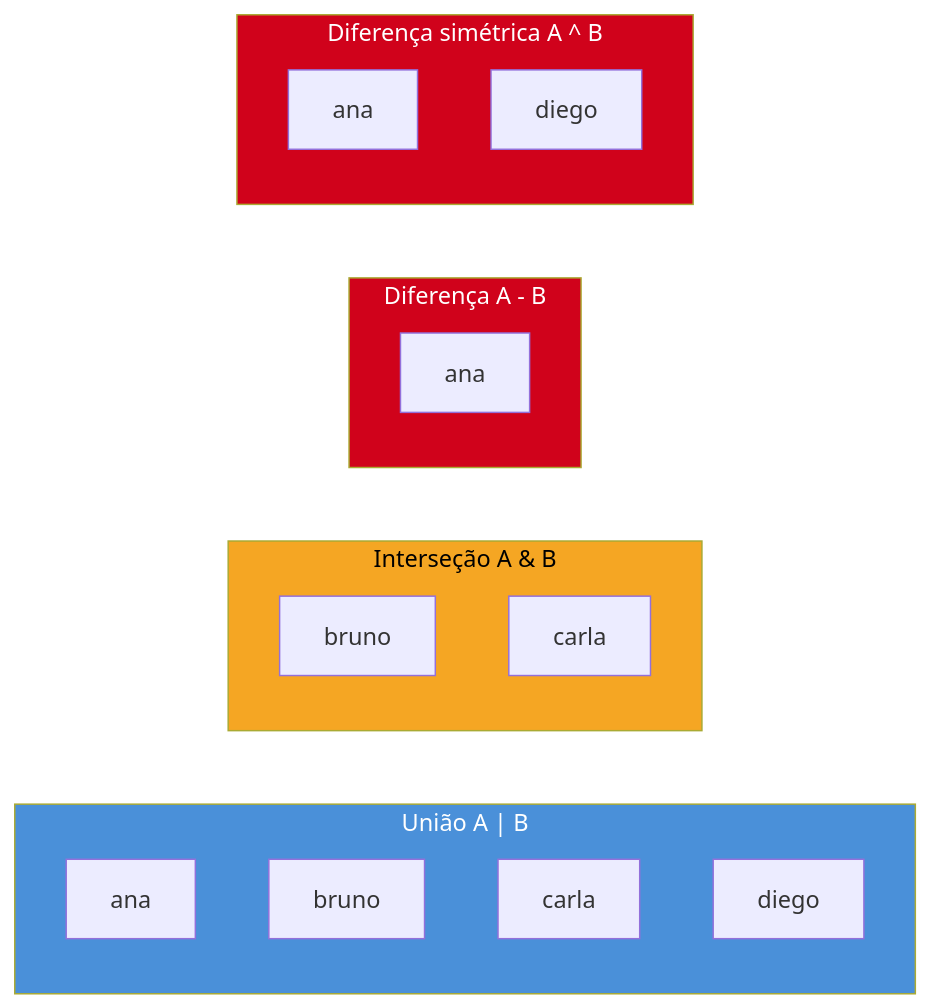
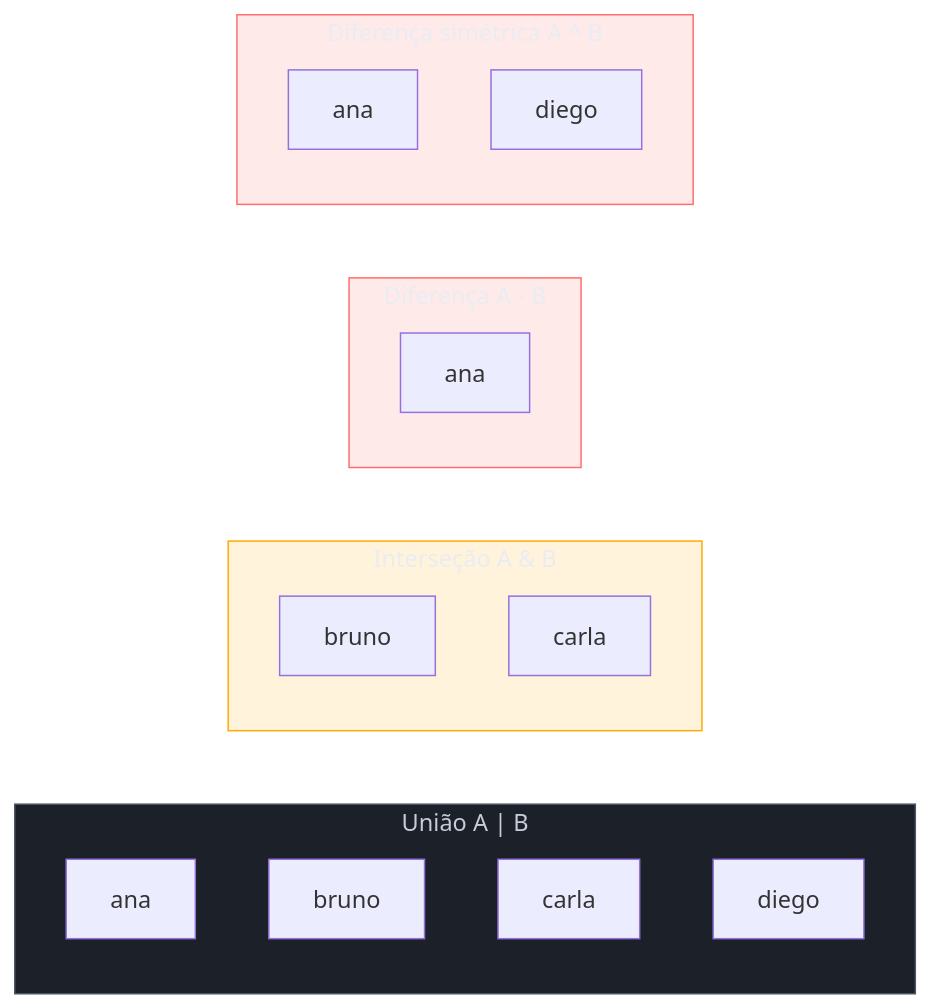
Before and after one commit to josenaldo/codex-technomanticus: the first of 2 diagrams in 03-Dominios/Tecnologia/Python/Collections e Comprehensions/04 - Sets.md, drawn with Mermaid. The commit also changed other lines of this file and 1181 other files, not shown here.

First line of the commit message:
fix(diagramas): paleta do sistema no lugar de cor cravada no markdown

````diff
--- a/03-Dominios/Tecnologia/Python/Collections e Comprehensions/04 - Sets.md
+++ b/03-Dominios/Tecnologia/Python/Collections e Comprehensions/04 - Sets.md
@@ -134,24 +134,27 @@
 ```mermaid
 flowchart LR
+    classDef neutro fill:#1B2029,stroke:#4E5666,color:#C6CCD8
+    classDef destaque fill:#FFAA0024,stroke:#FFAA00,color:#E9ECF2
+    classDef falha fill:#FF6B6B24,stroke:#FF6B6B,color:#E9ECF2
     subgraph Uniao["União A | B"]
         direction TB
         U1["ana"] & U2["bruno"] & U3["carla"] & U4["diego"]
     end
     subgraph Intersecao["Interseção A & B"]
         direction TB
         I1["bruno"] & I2["carla"]
     end
     subgraph Diferenca["Diferença A - B"]
         direction TB
         D1["ana"]
     end
     subgraph DifSimetrica["Diferença simétrica A ^ B"]
         direction TB
         S1["ana"] & S2["diego"]
     end
 
-    style Uniao fill:#4A90D9,color:#fff
-    style Intersecao fill:#F5A623,color:#000
-    style Diferenca fill:#D0021B,color:#fff
-    style DifSimetrica fill:#D0021B,color:#fff
+    class Uniao neutro
+    class Intersecao destaque
+    class Diferenca falha
+    class DifSimetrica falha
 ```
````
